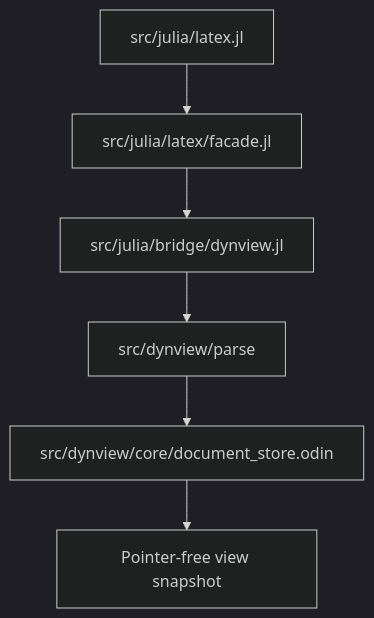
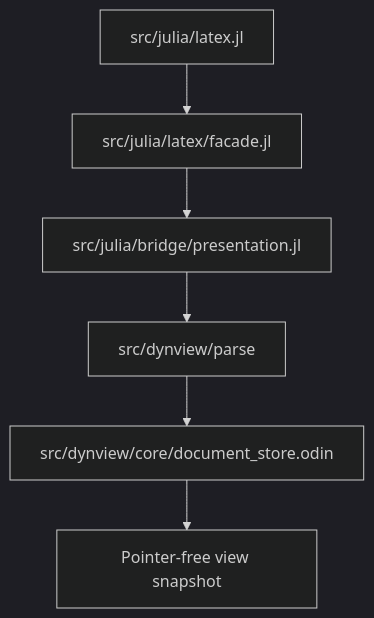
Before and after one commit to derekshoneycutt/Euclid: the first of 2 diagrams in docs/wiki/Guides/LaTeXSupport.md, drawn with Mermaid (dark theme). The commit also changed other lines of this file and 24 other files, not shown here.

Commit message:
Clean up old Julia dynview pathways

````diff
--- a/docs/wiki/Guides/LaTeXSupport.md
+++ b/docs/wiki/Guides/LaTeXSupport.md
@@ -641,11 +641,11 @@
 ```mermaid
 flowchart TD
     Facade[src/julia/latex.jl]
     Thin[src/julia/latex/facade.jl]
-    ABI[src/julia/bridge/dynview.jl]
+    ABI[src/julia/bridge/presentation.jl]
     Native[src/dynview/parse]
     Store[src/dynview/core/document_store.odin]
     Snapshot[Pointer-free view snapshot]
 
     Facade --> Thin --> ABI --> Native --> Store --> Snapshot
 ```
````
